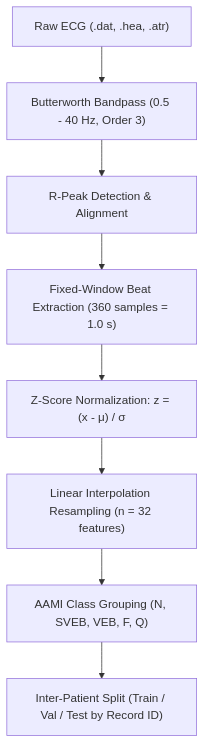
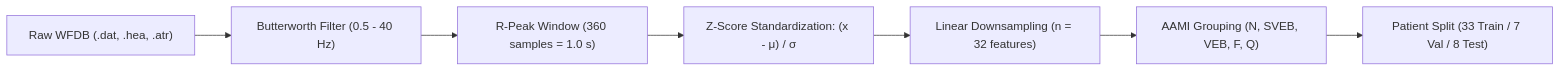
The second of 2 diagrams in README.md (rajukarki467/thesis_project), drawn with Mermaid before and after one commit. The commit also changed other lines of this file, not shown here.

````diff
--- a/README.md
+++ b/README.md
@@ -147,10 +179,9 @@
 ```mermaid
-flowchart TD
-    A["Raw ECG (.dat, .hea, .atr)"] --> B["Butterworth Bandpass (0.5 - 40 Hz, Order 3)"]
-    B --> C["R-Peak Detection & Alignment"]
-    C --> D["Fixed-Window Beat Extraction (360 samples = 1.0 s)"]
-    D --> E["Z-Score Normalization: z = (x - μ) / σ"]
-    E --> F["Linear Interpolation Resampling (n = 32 features)"]
-    F --> G["AAMI Class Grouping (N, SVEB, VEB, F, Q)"]
-    G --> H["Inter-Patient Split (Train / Val / Test by Record ID)"]
+flowchart LR
+    A["Raw WFDB (.dat, .hea, .atr)"] --> B["Butterworth Filter (0.5 - 40 Hz)"]
+    B --> C["R-Peak Window (360 samples = 1.0 s)"]
+    C --> D["Z-Score Standardization: (x - μ) / σ"]
+    D --> E["Linear Downsampling (n = 32 features)"]
+    E --> F["AAMI Grouping (N, SVEB, VEB, F, Q)"]
+    F --> G["Patient Split (33 Train / 7 Val / 8 Test)"]
 ```
````
